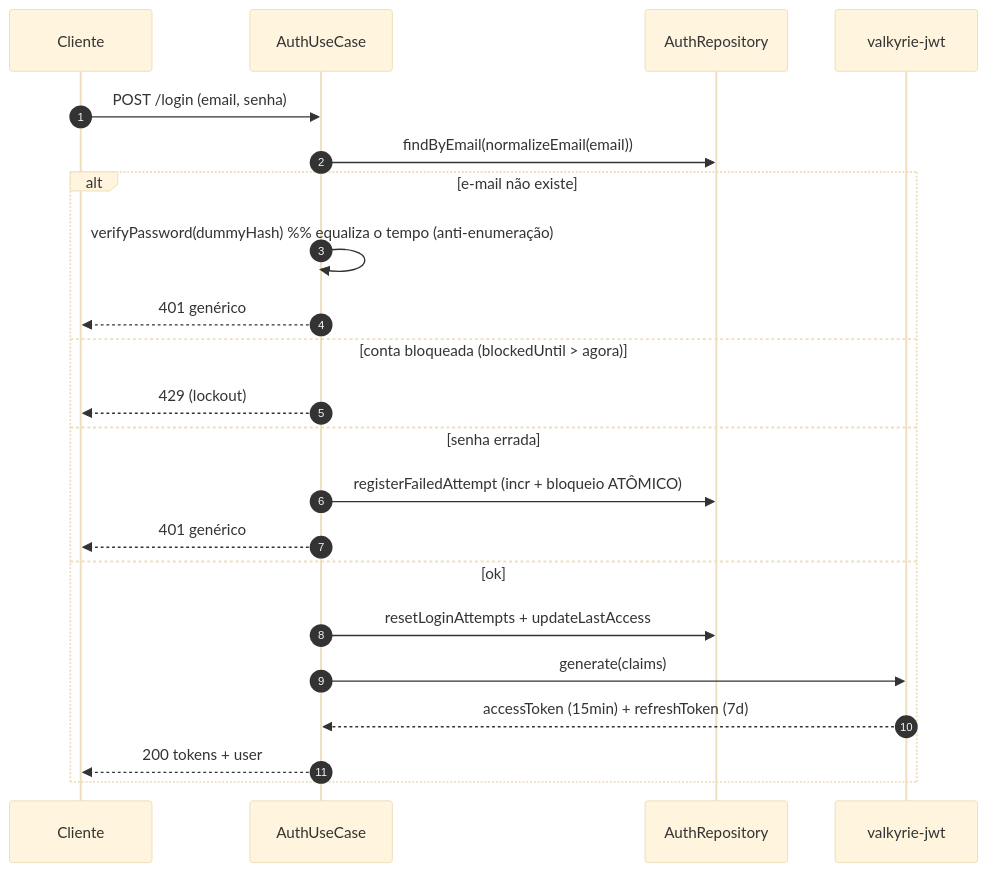
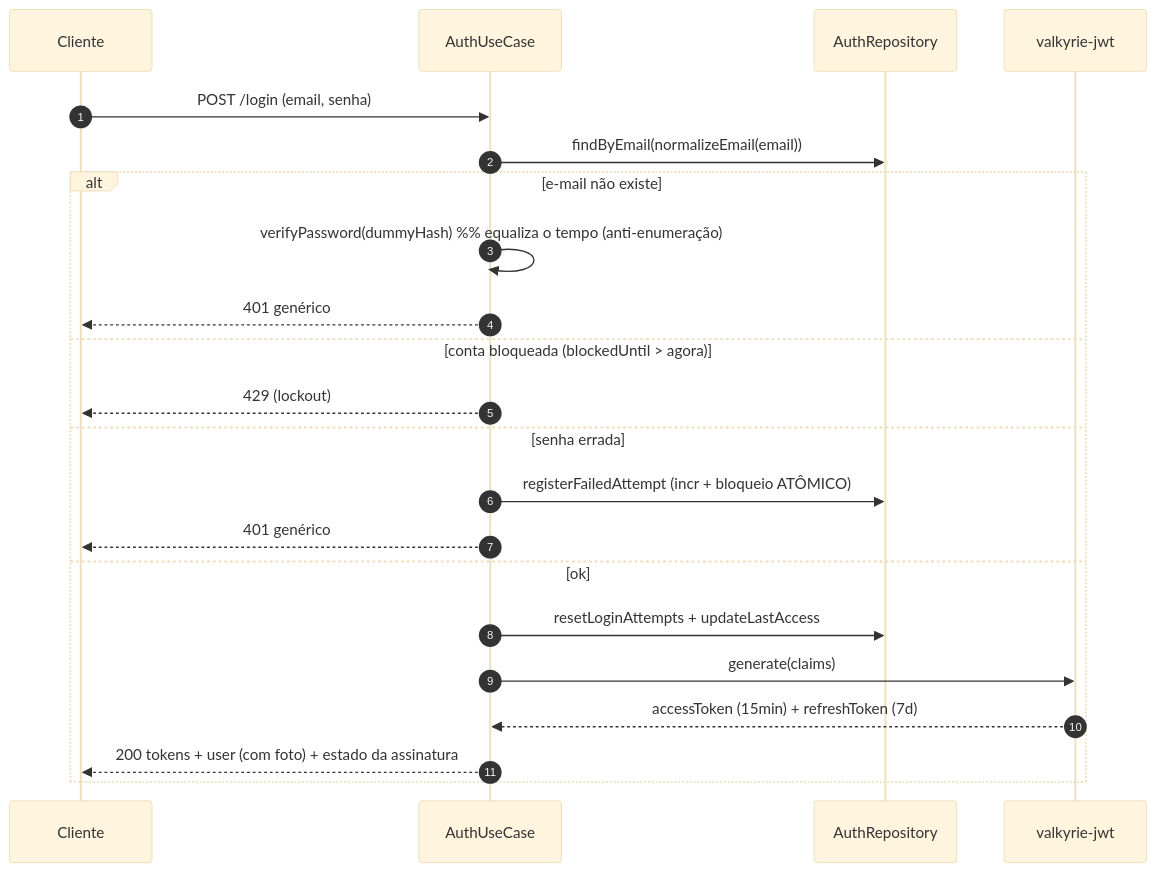
The first of 3 diagrams in docs/sistema/api/auth.md (Mintly-Autonomos/Documents), drawn with Mermaid (base theme) before and after one commit. The commit also changed other lines of this file and 16 other files, not shown here.

First line of the commit message:
docs(sistema): atualiza documentação técnica com o estado atual de API, lib e web

````diff
--- a/docs/sistema/api/auth.md
+++ b/docs/sistema/api/auth.md
@@ -32,24 +34,24 @@
 ```mermaid
 sequenceDiagram
   autonumber
   participant C as Cliente
   participant A as AuthUseCase
   participant R as AuthRepository
   participant J as valkyrie-jwt
   C->>A: POST /login (email, senha)
   A->>R: findByEmail(normalizeEmail(email))
   alt e-mail não existe
     A->>A: verifyPassword(dummyHash)  %% equaliza o tempo (anti-enumeração)
     A-->>C: 401 genérico
   else conta bloqueada (blockedUntil > agora)
     A-->>C: 429 (lockout)
   else senha errada
     A->>R: registerFailedAttempt (incr + bloqueio ATÔMICO)
     A-->>C: 401 genérico
   else ok
     A->>R: resetLoginAttempts + updateLastAccess
     A->>J: generate(claims)
     J-->>A: accessToken (15min) + refreshToken (7d)
-    A-->>C: 200 tokens + user
+    A-->>C: 200 tokens + user (com foto) + estado da assinatura
   end
 ```
````
